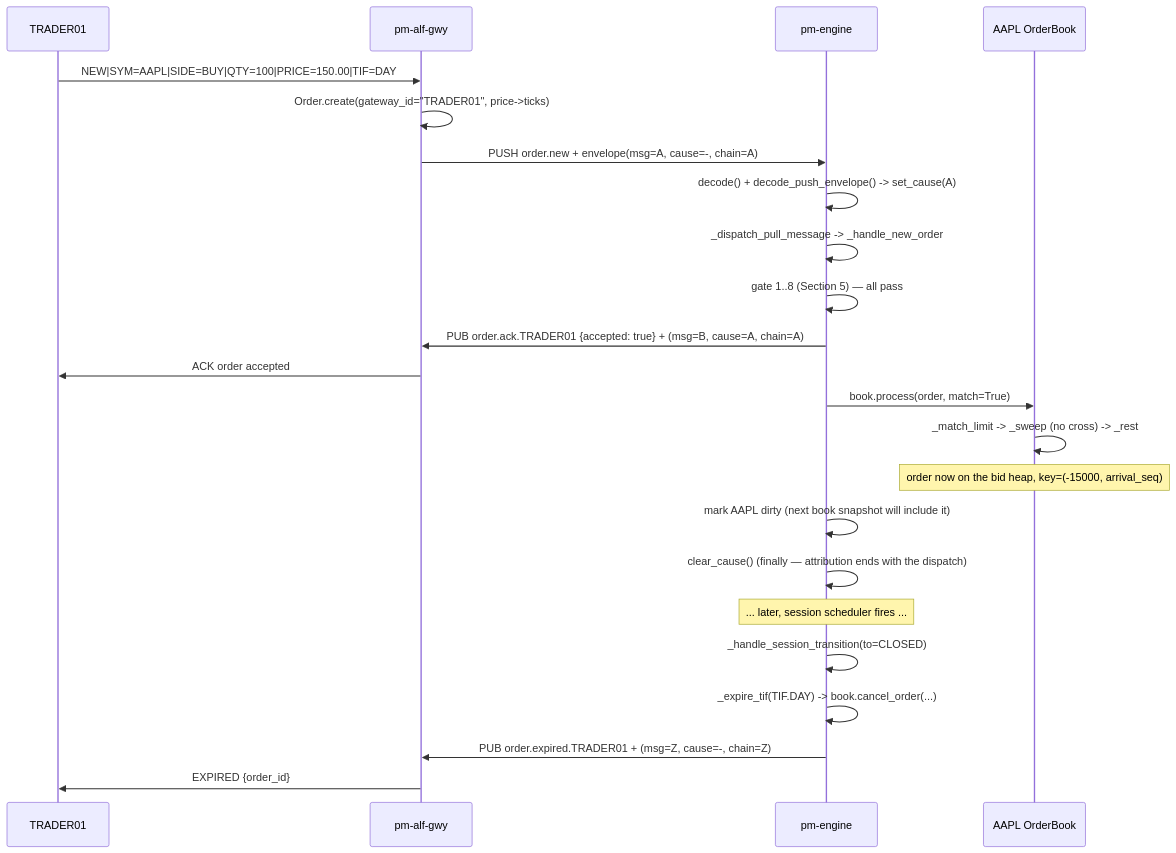
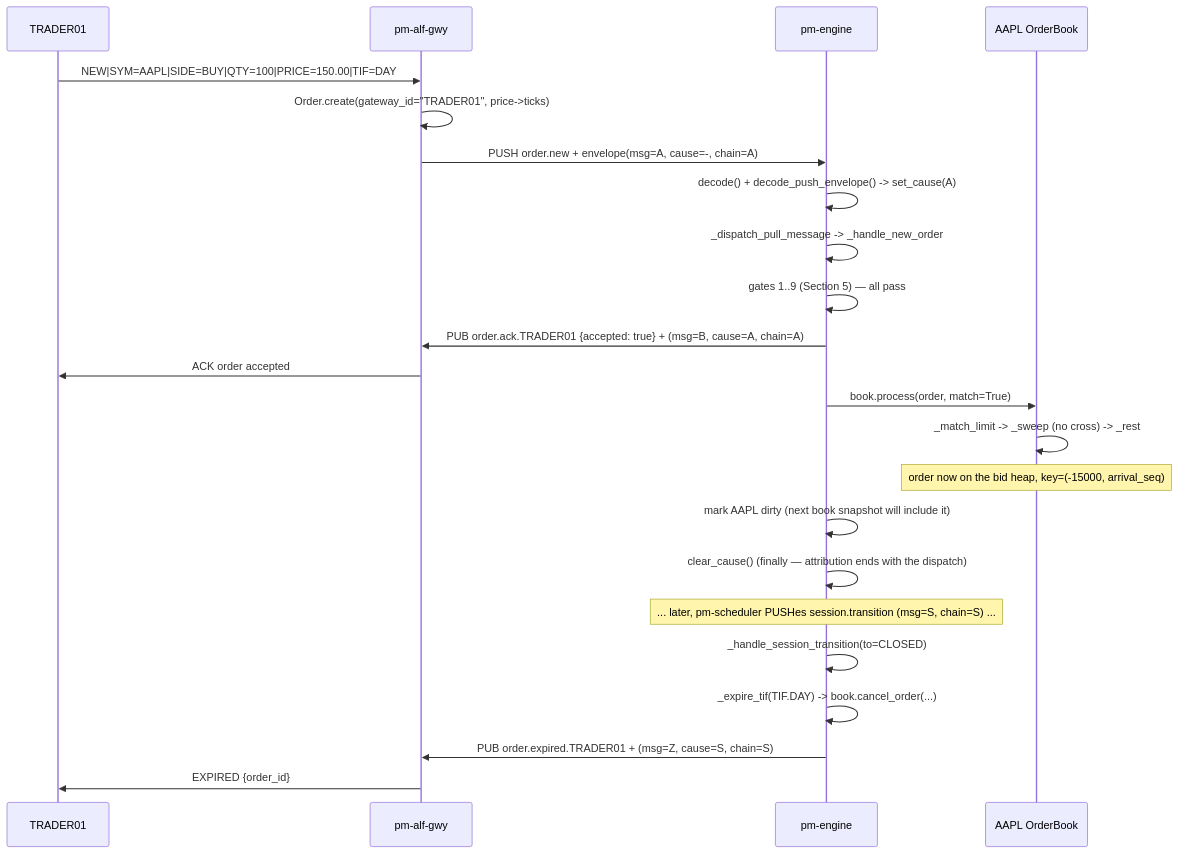
One commit to johan162/EduMatcher changed the seventh of 7 diagrams in docs/books/architecture-and-development/part-2-inside-the-engine/020-order-flow-end-to-end.md. Above: the diagram before and after it, drawn with Mermaid. The commit also changed other lines of this file and 40 other files, not shown here.

Commit message:
docs(architecture): verify every chapter against the code; add message-architecture chapter and figures

````diff
--- a/docs/books/architecture-and-development/part-2-inside-the-engine/020-order-flow-end-to-end.md
+++ b/docs/books/architecture-and-development/part-2-inside-the-engine/020-order-flow-end-to-end.md
@@ -835,28 +857,28 @@
 ```mermaid
 sequenceDiagram
     participant T as TRADER01
     participant GW as pm-alf-gwy
     participant E as pm-engine
     participant B as AAPL OrderBook
 
     T->>GW: NEW|SYM=AAPL|SIDE=BUY|QTY=100|PRICE=150.00|TIF=DAY
     GW->>GW: Order.create(gateway_id="TRADER01", price->ticks)
     GW->>E: PUSH  order.new  + envelope(msg=A, cause=-, chain=A)
     E->>E: decode() + decode_push_envelope() -> set_cause(A)
     E->>E: _dispatch_pull_message -> _handle_new_order
-    E->>E: gate 1..8 (Section 5) — all pass
+    E->>E: gates 1..9 (Section 5) — all pass
     E->>GW: PUB  order.ack.TRADER01  {accepted: true}  + (msg=B, cause=A, chain=A)
     GW->>T: ACK  order accepted
     E->>B: book.process(order, match=True)
     B->>B: _match_limit -> _sweep (no cross) -> _rest
     Note over B: order now on the bid heap, key=(-15000, arrival_seq)
     E->>E: mark AAPL dirty (next book snapshot will include it)
 
     E->>E: clear_cause()  (finally — attribution ends with the dispatch)
 
-    Note over E: ... later, session scheduler fires ...
+    Note over E: ... later, pm-scheduler PUSHes session.transition (msg=S, chain=S) ...
     E->>E: _handle_session_transition(to=CLOSED)
     E->>E: _expire_tif(TIF.DAY) -> book.cancel_order(...)
-    E->>GW: PUB  order.expired.TRADER01  + (msg=Z, cause=-, chain=Z)
+    E->>GW: PUB  order.expired.TRADER01  + (msg=Z, cause=S, chain=S)
     GW->>T: EXPIRED  {order_id}
 ```
````
